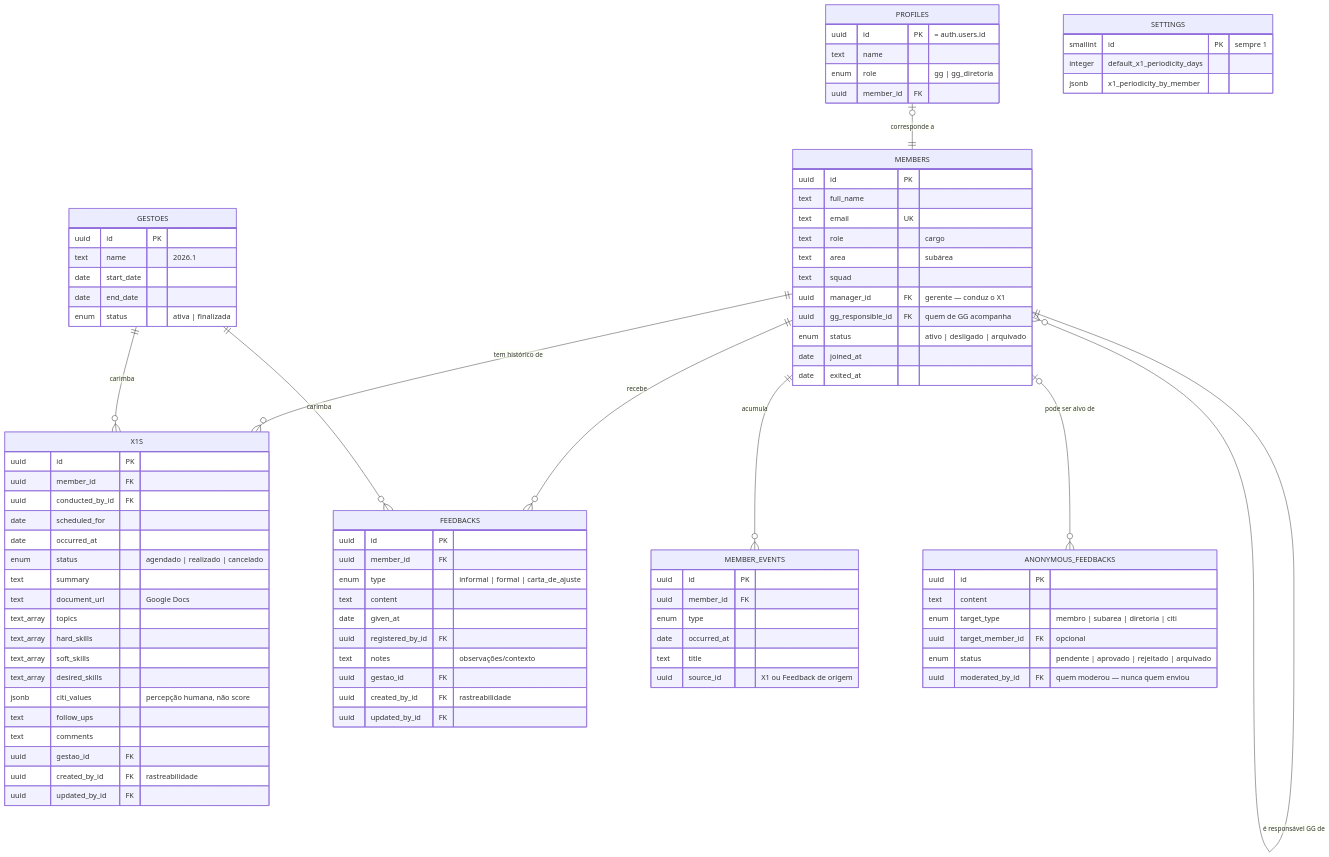
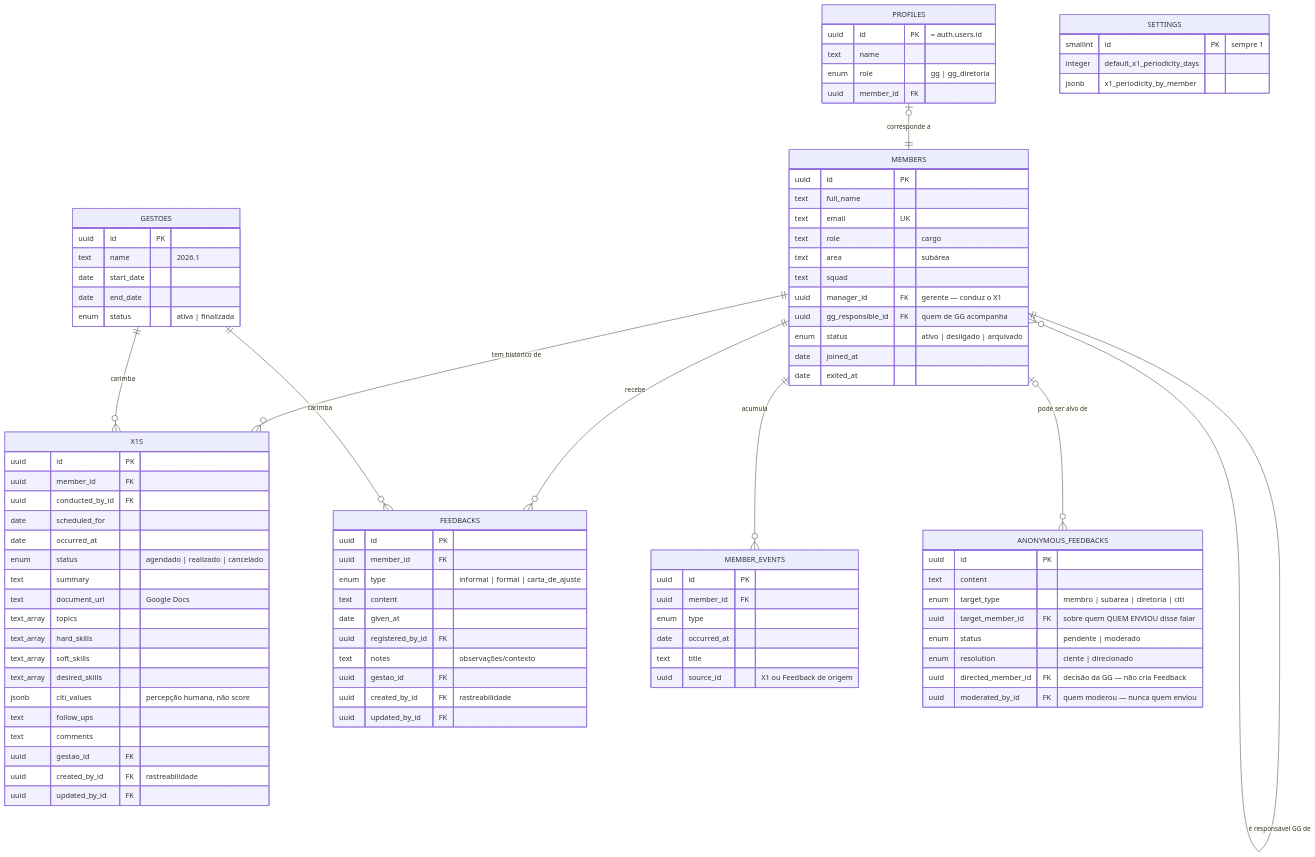
The first of 3 diagrams in docs/DATA_MODEL.md (Caukugo/citi-pessoas), drawn with Mermaid before and after one commit. The commit also changed other lines of this file and 44 other files, not shown here.

```diff
--- a/docs/DATA_MODEL.md
+++ b/docs/DATA_MODEL.md
@@ -79,8 +79,10 @@
         uuid id PK
         text content
         enum target_type "membro | subarea | diretoria | citi"
-        uuid target_member_id FK "opcional"
-        enum status "pendente | aprovado | rejeitado | arquivado"
+        uuid target_member_id FK "sobre quem QUEM ENVIOU disse falar"
+        enum status "pendente | moderado"
+        enum resolution "ciente | direcionado"
+        uuid directed_member_id FK "decisão da GG — não cria Feedback"
         uuid moderated_by_id FK "quem moderou — nunca quem enviou"
     }
 
```
